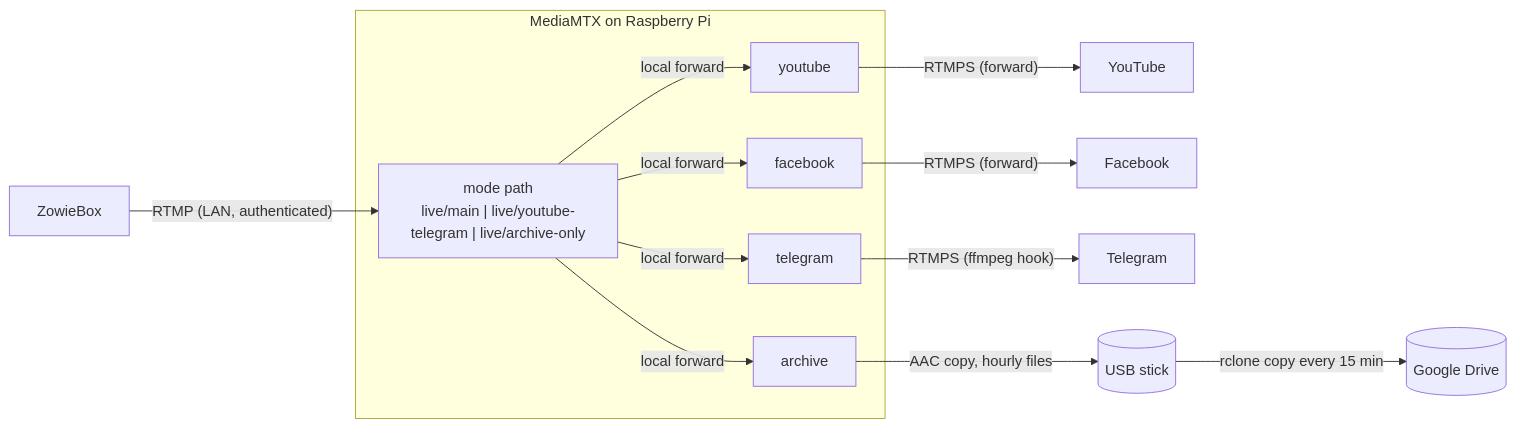
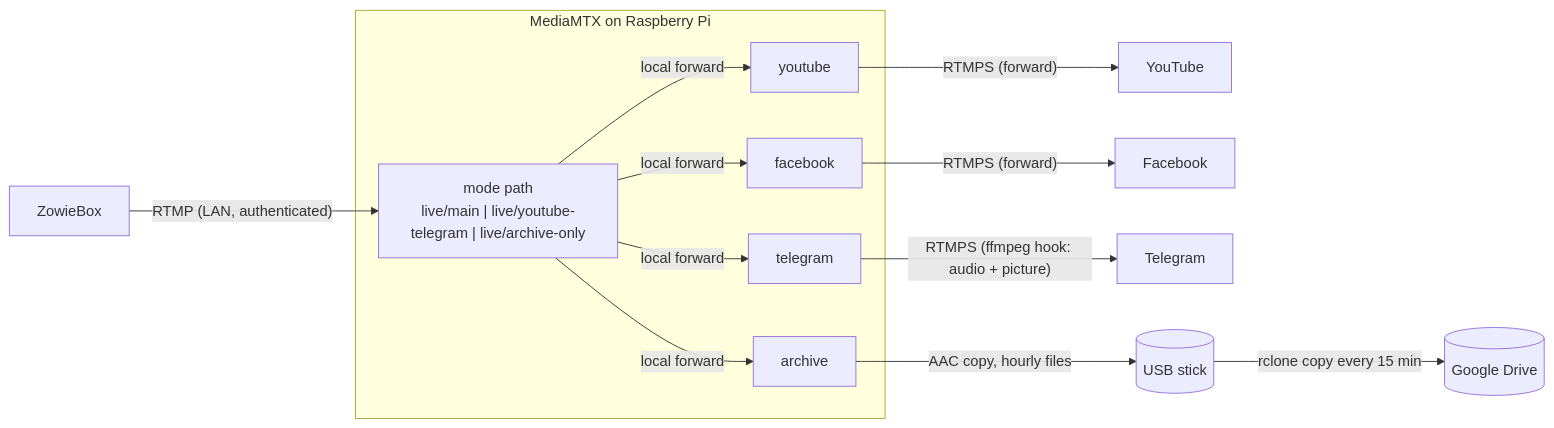
Before and after one commit to ebusho/mediamtx-relay: the diagram in README.md, drawn with Mermaid. The commit also changed other lines of this file and 4 other files, not shown here.

Commit message:
Switch to Telegram audio with static picture

````diff
--- a/README.md
+++ b/README.md
@@ -15,15 +17,15 @@
 ```mermaid
 flowchart LR
     Z[ZowieBox] -- "RTMP (LAN, authenticated)" --> MODES
 
     subgraph MediaMTX on Raspberry Pi
         MODES["mode path<br/>live/main | live/youtube-telegram | live/archive-only"]
         MODES -- local forward --> YP[youtube] & FP[facebook] & TP[telegram] & AP[archive]
     end
 
     YP -- "RTMPS (forward)" --> Y[YouTube]
     FP -- "RTMPS (forward)" --> F[Facebook]
-    TP -- "RTMPS (ffmpeg hook)" --> T[Telegram]
+    TP -- "RTMPS (ffmpeg hook: audio + picture)" --> T[Telegram]
     AP -- "AAC copy, hourly files" --> U[(USB stick)]
     U -- "rclone copy every 15 min" --> C[(Google Drive)]
 ```
````
